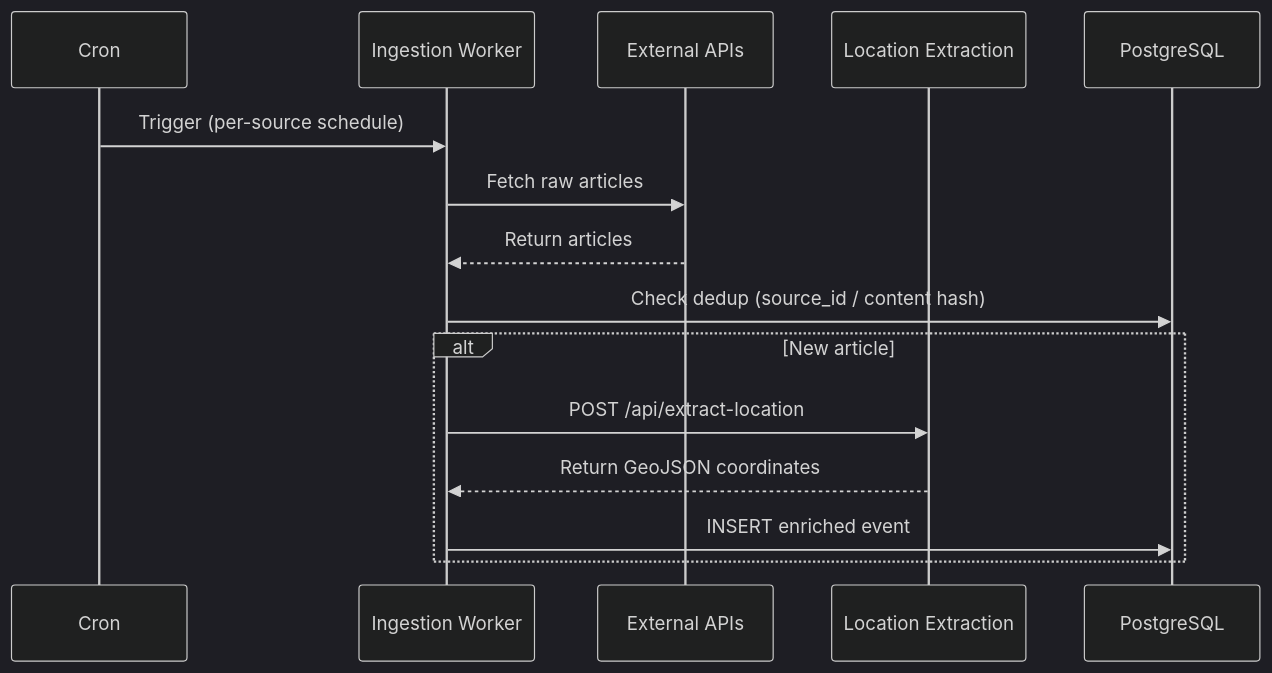
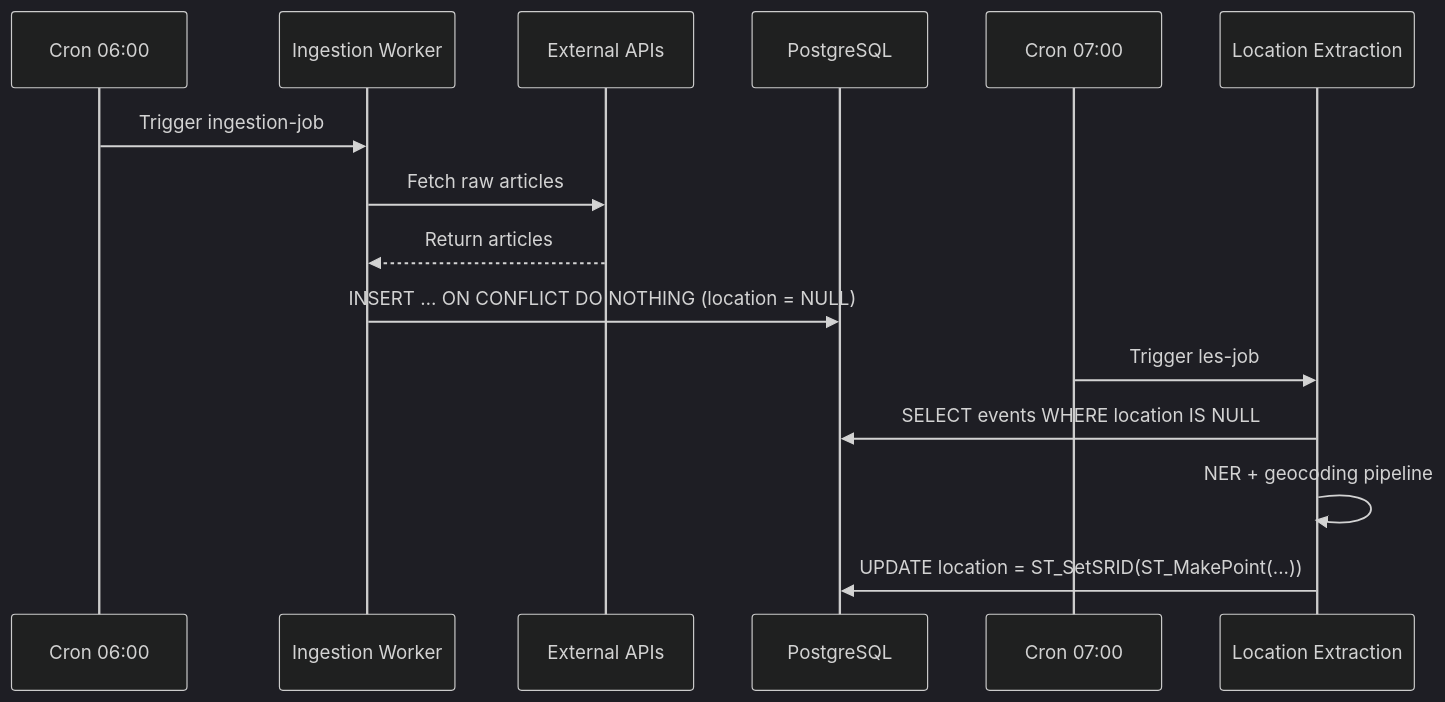
Before and after one commit to ConnectedWanderer/living-map: the second of 3 diagrams in docs/architecture/overview.md, drawn with Mermaid (dark theme). The commit also changed other lines of this file and 13 other files, not shown here.

````diff
--- a/docs/architecture/overview.md
+++ b/docs/architecture/overview.md
@@ -92,18 +97,19 @@
 ```mermaid
 sequenceDiagram
-    participant C as Cron
+    participant C1 as Cron 06:00
     participant IW as Ingestion Worker
     participant API as External APIs
+    participant DB as PostgreSQL
+    participant C2 as Cron 07:00
     participant LE as Location Extraction
-    participant DB as PostgreSQL
 
-    C->>IW: Trigger (per-source schedule)
+    C1->>IW: Trigger ingestion-job
     IW->>API: Fetch raw articles
     API-->>IW: Return articles
-    IW->>DB: Check dedup (source_id / content hash)
-    alt New article
-        IW->>LE: POST /api/extract-location
-        LE-->>IW: Return GeoJSON coordinates
-        IW->>DB: INSERT enriched event
-    end
+    IW->>DB: INSERT … ON CONFLICT DO NOTHING (location = NULL)
+
+    C2->>LE: Trigger les-job
+    LE->>DB: SELECT events WHERE location IS NULL
+    LE->>LE: NER + geocoding pipeline
+    LE->>DB: UPDATE location = ST_SetSRID(ST_MakePoint(...))
 ```
````
